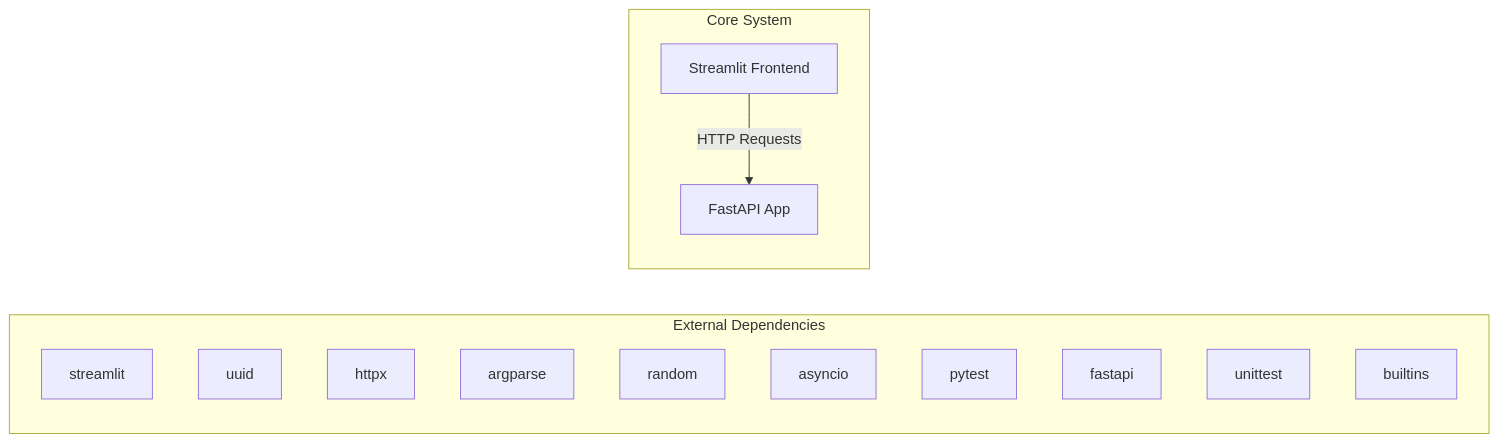
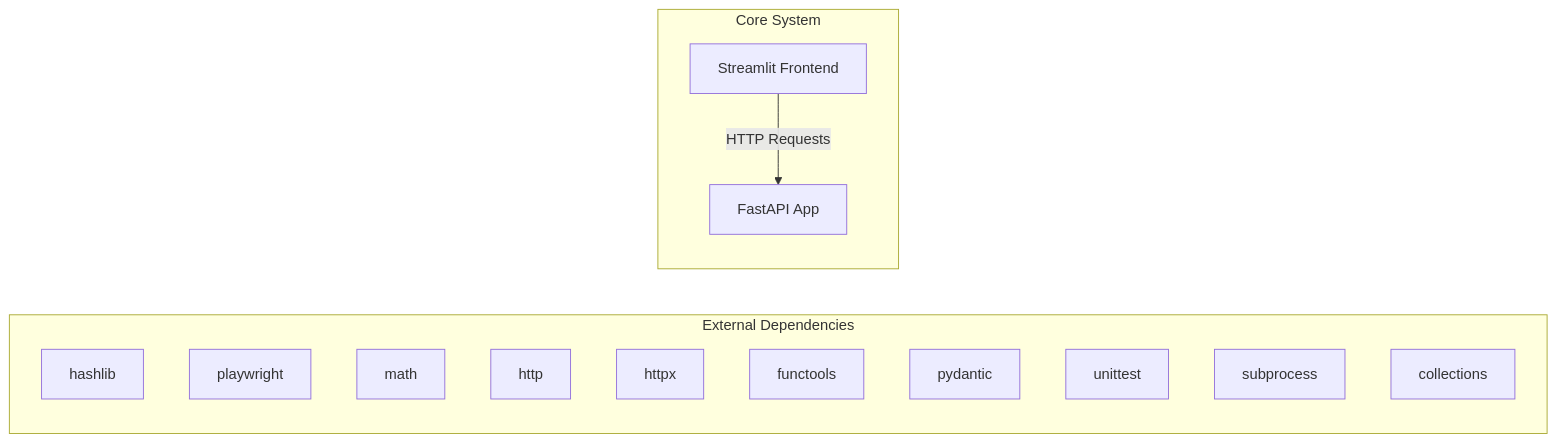
The first of 2 diagrams in docs/architecture.md (NITISH-R-G/rag-context-optimizer), drawn with Mermaid before and after one commit. The commit also changed 1 other file, not shown here.

Commit message:
docs: auto-update repository knowledge, architecture diagrams, and documentation

````diff
--- a/docs/architecture.md
+++ b/docs/architecture.md
@@ -7,20 +7,20 @@
 ```mermaid
 graph LR
     subgraph External Dependencies
-        E0["streamlit"]
-        E1["uuid"]
-        E2["httpx"]
-        E3["argparse"]
-        E4["random"]
-        E5["asyncio"]
-        E6["pytest"]
-        E7["fastapi"]
-        E8["unittest"]
-        E9["builtins"]
+        E0["hashlib"]
+        E1["playwright"]
+        E2["math"]
+        E3["http"]
+        E4["httpx"]
+        E5["functools"]
+        E6["pydantic"]
+        E7["unittest"]
+        E8["subprocess"]
+        E9["collections"]
     end
     subgraph Core System
         API["FastAPI App"]
         UI["Streamlit Frontend"]
     end
     UI -->|HTTP Requests| API
 ```
````
